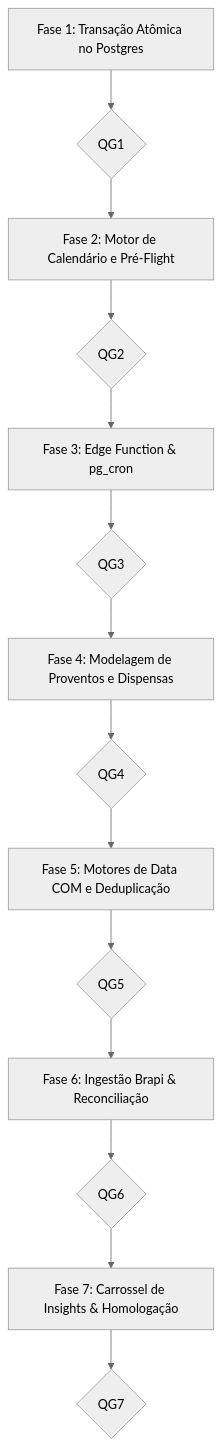
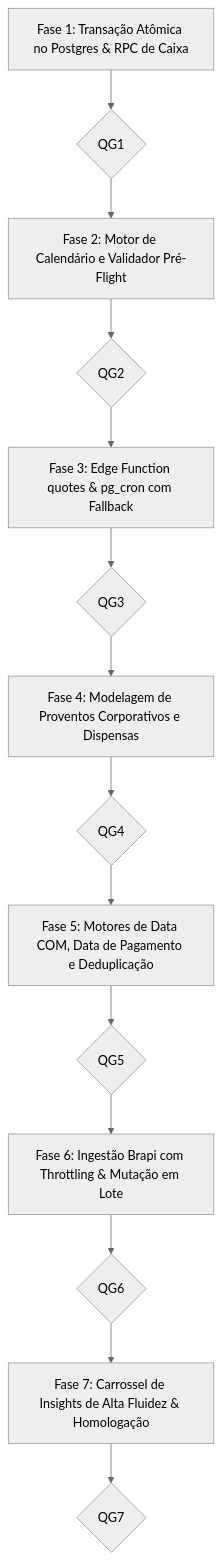
The diagram in docs/plans/05_PLANO_FECHAMENTO_AUTOMATICO_SNAPSHOTS_E_COTACAO.md (gabri3lsal3s/financasNew), drawn with Mermaid (neutral theme) before and after one commit. The commit also changed other lines of this file and 56 other files, not shown here.

````diff
--- a/docs/plans/05_PLANO_FECHAMENTO_AUTOMATICO_SNAPSHOTS_E_COTACAO.md
+++ b/docs/plans/05_PLANO_FECHAMENTO_AUTOMATICO_SNAPSHOTS_E_COTACAO.md
@@ -43,16 +61,16 @@
 ```mermaid
 flowchart TD
-    Fase1[Fase 1: Transação Atômica no Postgres] --> QG1{QG1}
-    QG1 --> Fase2[Fase 2: Motor de Calendário e Pré-Flight]
+    Fase1[Fase 1: Transação Atômica no Postgres & RPC de Caixa] --> QG1{QG1}
+    QG1 --> Fase2[Fase 2: Motor de Calendário e Validador Pré-Flight]
     Fase2 --> QG2{QG2}
-    QG2 --> Fase3[Fase 3: Edge Function & pg_cron]
+    QG2 --> Fase3[Fase 3: Edge Function quotes & pg_cron com Fallback]
     Fase3 --> QG3{QG3}
-    QG3 --> Fase4[Fase 4: Modelagem de Proventos e Dispensas]
+    QG3 --> Fase4[Fase 4: Modelagem de Proventos Corporativos e Dispensas]
     Fase4 --> QG4{QG4}
-    QG4 --> Fase5[Fase 5: Motores de Data COM e Deduplicação]
+    QG4 --> Fase5[Fase 5: Motores de Data COM, Data de Pagamento e Deduplicação]
     Fase5 --> QG5{QG5}
-    QG5 --> Fase6[Fase 6: Ingestão Brapi & Reconciliação]
+    QG5 --> Fase6[Fase 6: Ingestão Brapi com Throttling & Mutação em Lote]
     Fase6 --> QG6{QG6}
-    QG6 --> Fase7[Fase 7: Carrossel de Insights & Homologação]
+    QG6 --> Fase7[Fase 7: Carrossel de Insights de Alta Fluidez & Homologação]
     Fase7 --> QG7{QG7}
 ```
````
